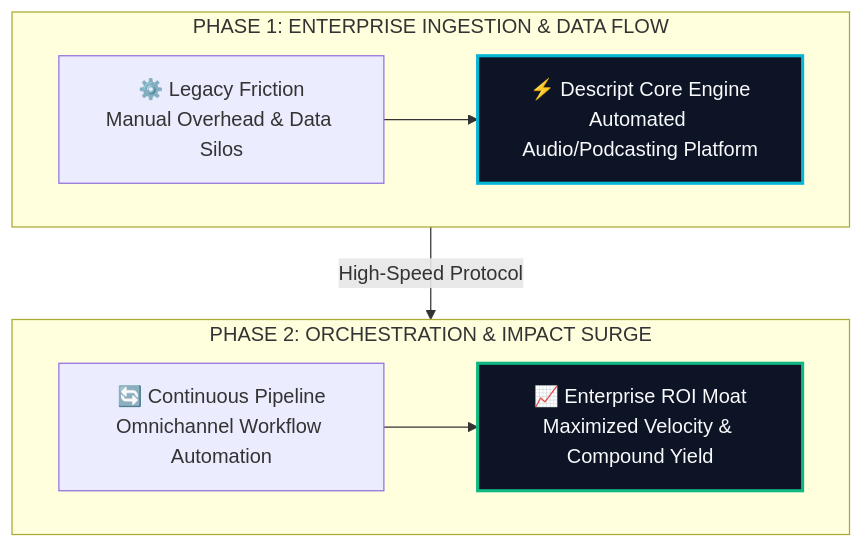
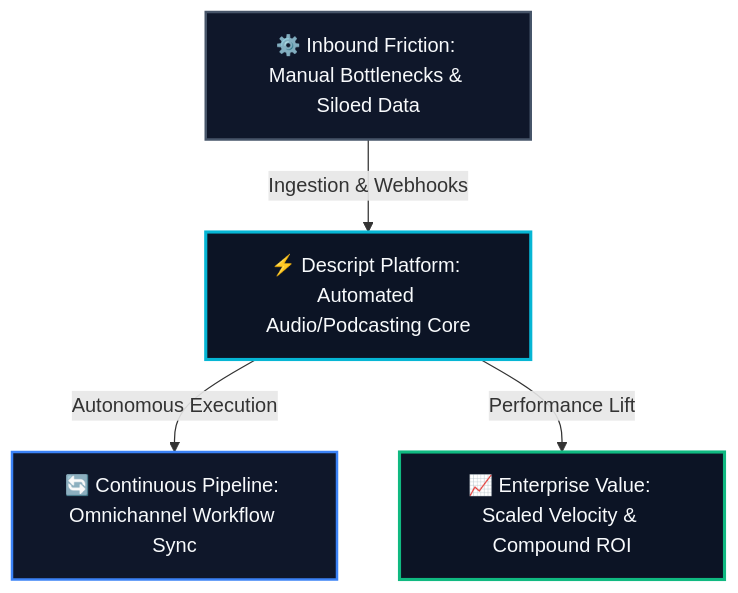
Before and after one commit to heliatech-media/saas-radar: the diagram in site/src/content/blog/descript-evolution-guide-2026.md, drawn with Mermaid. The commit also changed 93 other files, not shown here.

First line of the commit message:
fix(diagrams): resolve dagre-d3 subgraph collision by migrating to balanced 3-tier Hub & Spoke architecture

````diff
--- a/site/src/content/blog/descript-evolution-guide-2026.md
+++ b/site/src/content/blog/descript-evolution-guide-2026.md
@@ -51,14 +51,14 @@
 ```mermaid
 flowchart TD
-    subgraph S1["PHASE 1: ENTERPRISE INGESTION & DATA FLOW"]
-        direction LR
-        A["⚙️ Legacy Friction<br/>Manual Overhead & Data Silos"] --> B["⚡ Descript Core Engine<br/>Automated Audio/Podcasting Platform"]
-    end
-    subgraph S2["PHASE 2: ORCHESTRATION & IMPACT SURGE"]
-        direction LR
-        C["🔄 Continuous Pipeline<br/>Omnichannel Workflow Automation"] --> D["📈 Enterprise ROI Moat<br/>Maximized Velocity & Compound Yield"]
-    end
-    S1 -->|High-Speed Protocol| S2
-    style B fill:#0c1425,stroke:#06b6d4,stroke-width:2.5px,color:#f8fafc
-    style D fill:#0c1425,stroke:#10b981,stroke-width:2.5px,color:#f8fafc
+    Inp["⚙️ Inbound Friction: Manual Bottlenecks & Siloed Data"]
+    Eng["⚡ Descript Platform: Automated Audio/Podcasting Core"]
+    Out1["🔄 Continuous Pipeline: Omnichannel Workflow Sync"]
+    Out2["📈 Enterprise Value: Scaled Velocity & Compound ROI"]
+    Inp -->|Ingestion & Webhooks| Eng
+    Eng -->|Autonomous Execution| Out1
+    Eng -->|Performance Lift| Out2
+    style Inp fill:#0f172a,stroke:#475569,stroke-width:2px,color:#f8fafc
+    style Eng fill:#0c1425,stroke:#06b6d4,stroke-width:2.5px,color:#f8fafc
+    style Out1 fill:#0f172a,stroke:#3b82f6,stroke-width:2px,color:#f8fafc
+    style Out2 fill:#0c1425,stroke:#10b981,stroke-width:2.5px,color:#f8fafc
 ```
````
